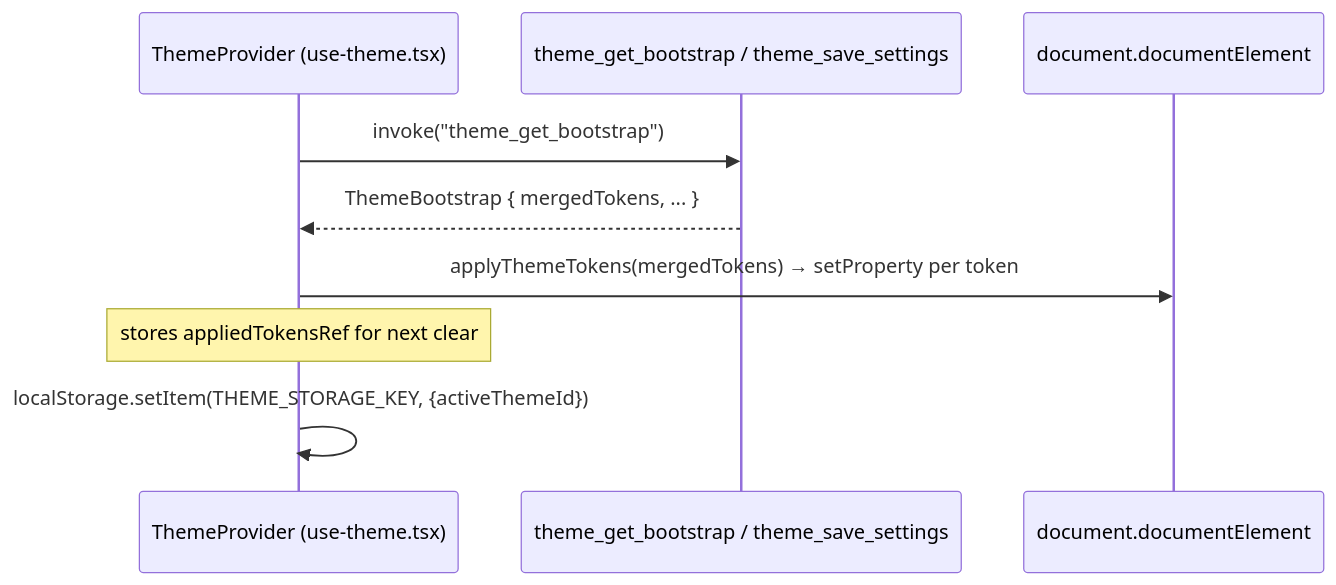
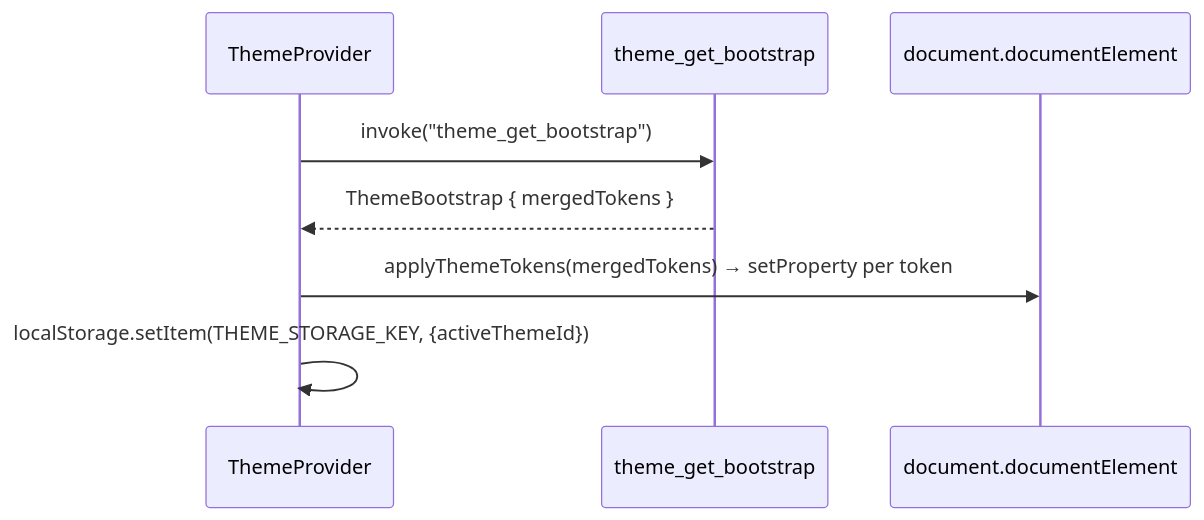
One commit to IZRINO/delta-auto-tools changed the diagram in droid-wiki/systems/theme-engine.md. Above: the diagram before and after it, drawn with Mermaid. The commit also changed other lines of this file and 36 other files, not shown here.

````diff
--- a/droid-wiki/systems/theme-engine.md
+++ b/droid-wiki/systems/theme-engine.md
@@ -56,11 +52,10 @@
 ```mermaid
 sequenceDiagram
-    participant FE as ThemeProvider (use-theme.tsx)
-    participant RUST as theme_get_bootstrap / theme_save_settings
+    participant FE as ThemeProvider
+    participant RUST as theme_get_bootstrap
     participant DOM as document.documentElement
     FE->>RUST: invoke("theme_get_bootstrap")
-    RUST-->>FE: ThemeBootstrap { mergedTokens, ... }
+    RUST-->>FE: ThemeBootstrap { mergedTokens }
     FE->>DOM: applyThemeTokens(mergedTokens) → setProperty per token
-    Note over FE: stores appliedTokensRef for next clear
     FE->>FE: localStorage.setItem(THEME_STORAGE_KEY, {activeThemeId})
 ```
````
